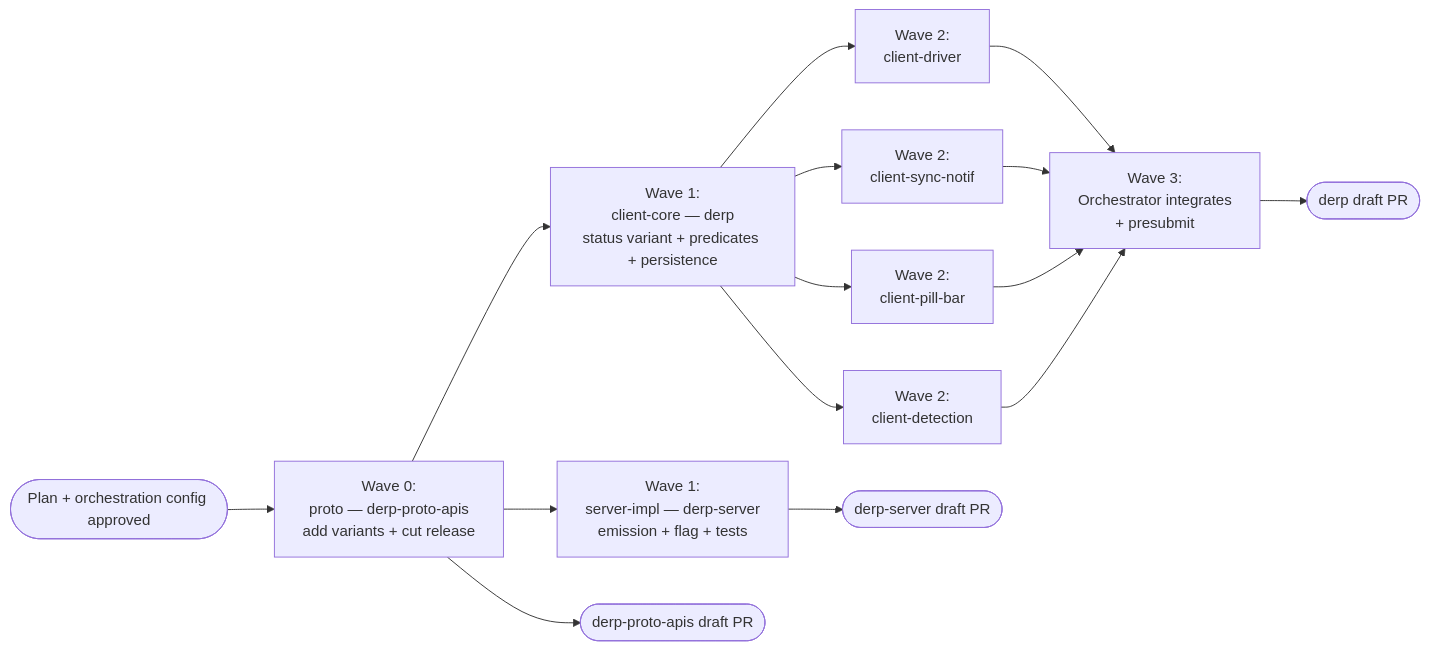
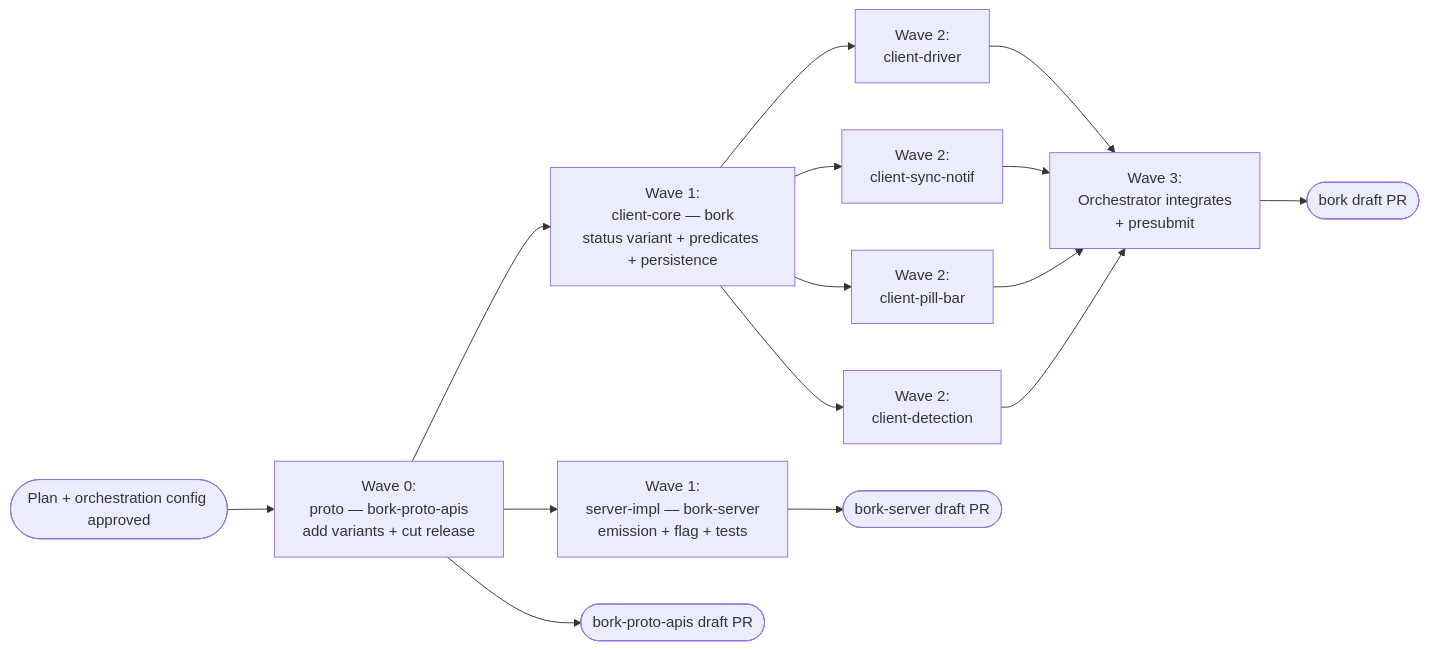
Before and after one commit to antikrust/krust-terminal: the second of 2 diagrams in specs/QUALITY-780/TECH.md, drawn with Mermaid. The commit also changed other lines of this file and 4477 other files, not shown here.

First line of the commit message:
Rebrand Derp -> Bork

````diff
--- a/specs/QUALITY-780/TECH.md
+++ b/specs/QUALITY-780/TECH.md
@@ -352,17 +352,17 @@
 ```mermaid
 flowchart LR
-    Plan([Plan + orchestration config approved]) --> Proto["Wave 0:<br/>proto — derp-proto-apis<br/>add variants + cut release"]
-    Proto --> Server["Wave 1:<br/>server-impl — derp-server<br/>emission + flag + tests"]
-    Proto --> ClientCore["Wave 1:<br/>client-core — derp<br/>status variant + predicates + persistence"]
+    Plan([Plan + orchestration config approved]) --> Proto["Wave 0:<br/>proto — bork-proto-apis<br/>add variants + cut release"]
+    Proto --> Server["Wave 1:<br/>server-impl — bork-server<br/>emission + flag + tests"]
+    Proto --> ClientCore["Wave 1:<br/>client-core — bork<br/>status variant + predicates + persistence"]
     ClientCore --> Driver["Wave 2:<br/>client-driver"]
     ClientCore --> SyncNotif["Wave 2:<br/>client-sync-notif"]
     ClientCore --> PillBar["Wave 2:<br/>client-pill-bar"]
     ClientCore --> Detection["Wave 2:<br/>client-detection"]
-    Server --> ServerPR([derp-server draft PR])
+    Server --> ServerPR([bork-server draft PR])
     Driver --> Integrate["Wave 3:<br/>Orchestrator integrates<br/>+ presubmit"]
     SyncNotif --> Integrate
     PillBar --> Integrate
     Detection --> Integrate
-    Integrate --> ClientPR([derp draft PR])
-    Proto --> ProtoPR([derp-proto-apis draft PR])
+    Integrate --> ClientPR([bork draft PR])
+    Proto --> ProtoPR([bork-proto-apis draft PR])
 ```
````
